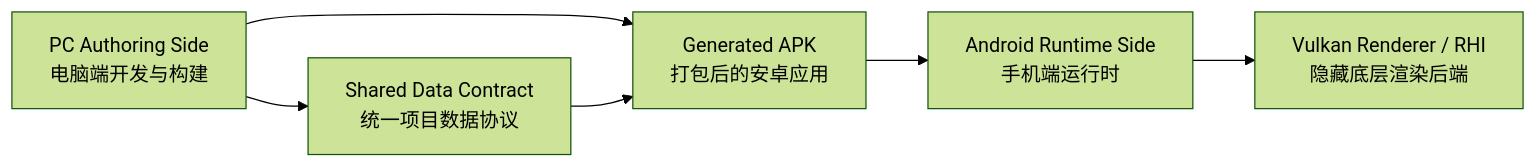
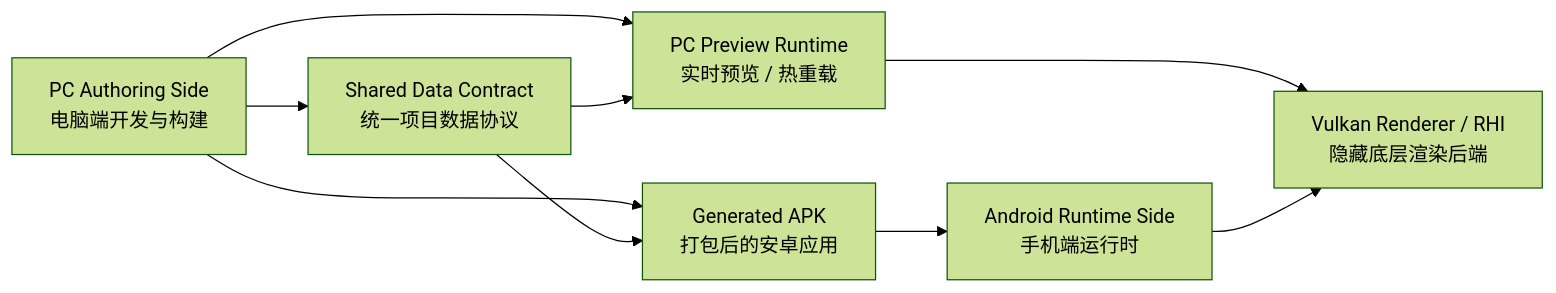
One commit to XuanyuanQ/AndroidVulkanEngine changed the first of 15 diagrams in README.md. Above: the diagram before and after it, drawn with Mermaid (forest theme). The commit also changed other lines of this file, not shown here.

Commit message:
add preview requirement

````diff
--- a/README.md
+++ b/README.md
@@ -11,14 +11,18 @@
 ```mermaid
 flowchart LR
     PC["PC Authoring Side<br/>电脑端开发与构建"]
+    Preview["PC Preview Runtime<br/>实时预览 / 热重载"]
     Contract["Shared Data Contract<br/>统一项目数据协议"]
     APK["Generated APK<br/>打包后的安卓应用"]
     Android["Android Runtime Side<br/>手机端运行时"]
     Vulkan["Vulkan Renderer / RHI<br/>隐藏底层渲染后端"]
 
     PC --> Contract
+    PC --> Preview
+    Contract --> Preview
     PC --> APK
     Contract --> APK
     APK --> Android
+    Preview --> Vulkan
     Android --> Vulkan
 ```
````
